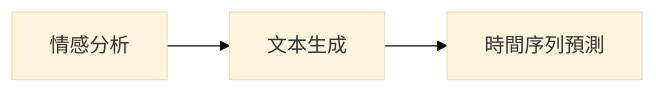
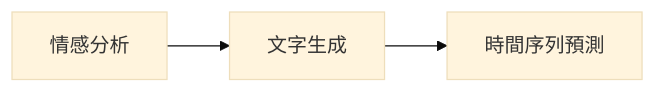
One commit to markl-a/My-AI-Learning-Notes changed the diagram in 1.從AI到LLM基礎/4.DL/00.DL_Path/10_RNN實戰項目/README.md. Above: the diagram before and after it, drawn with Mermaid (base theme). The commit also changed other lines of this file and 273 other files, not shown here.

````diff
--- a/1.從AI到LLM基礎/4.DL/00.DL_Path/10_RNN實戰項目/README.md
+++ b/1.從AI到LLM基礎/4.DL/00.DL_Path/10_RNN實戰項目/README.md
@@ -175,5 +175,5 @@
 ```mermaid
 graph LR
-    A[情感分析] --> B[文本生成]
+    A[情感分析] --> B[文字生成]
     B --> C[時間序列預測]
 ```
````
